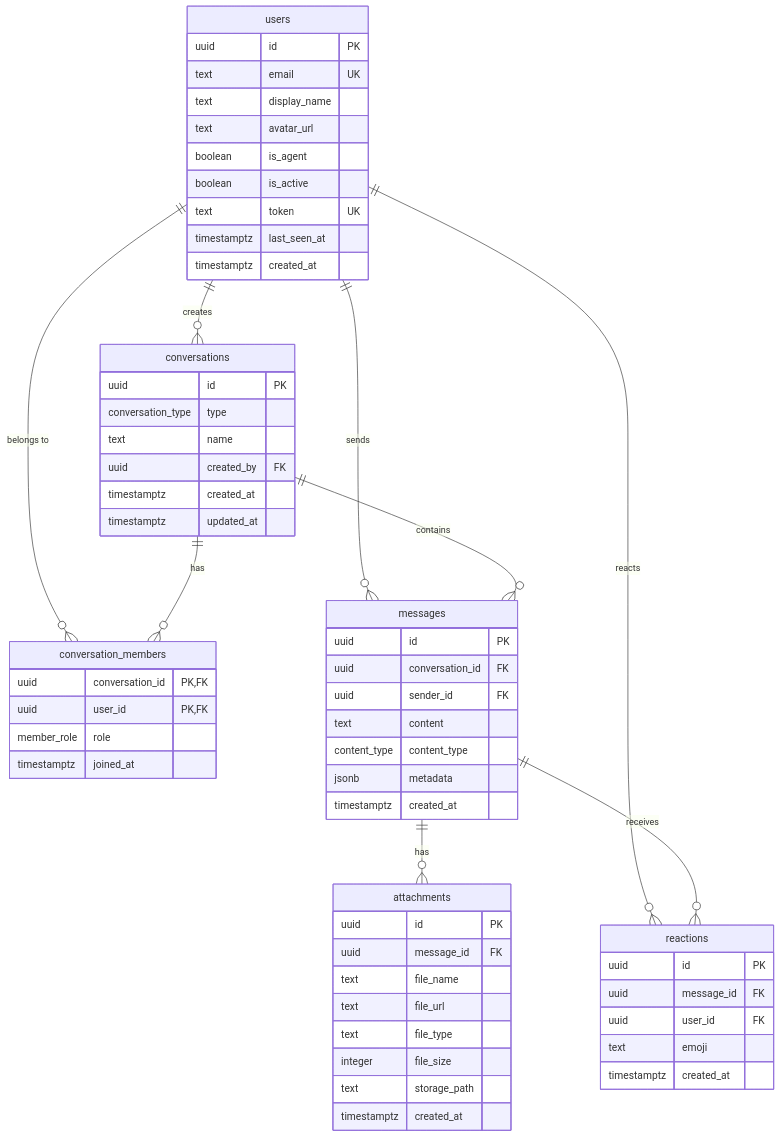
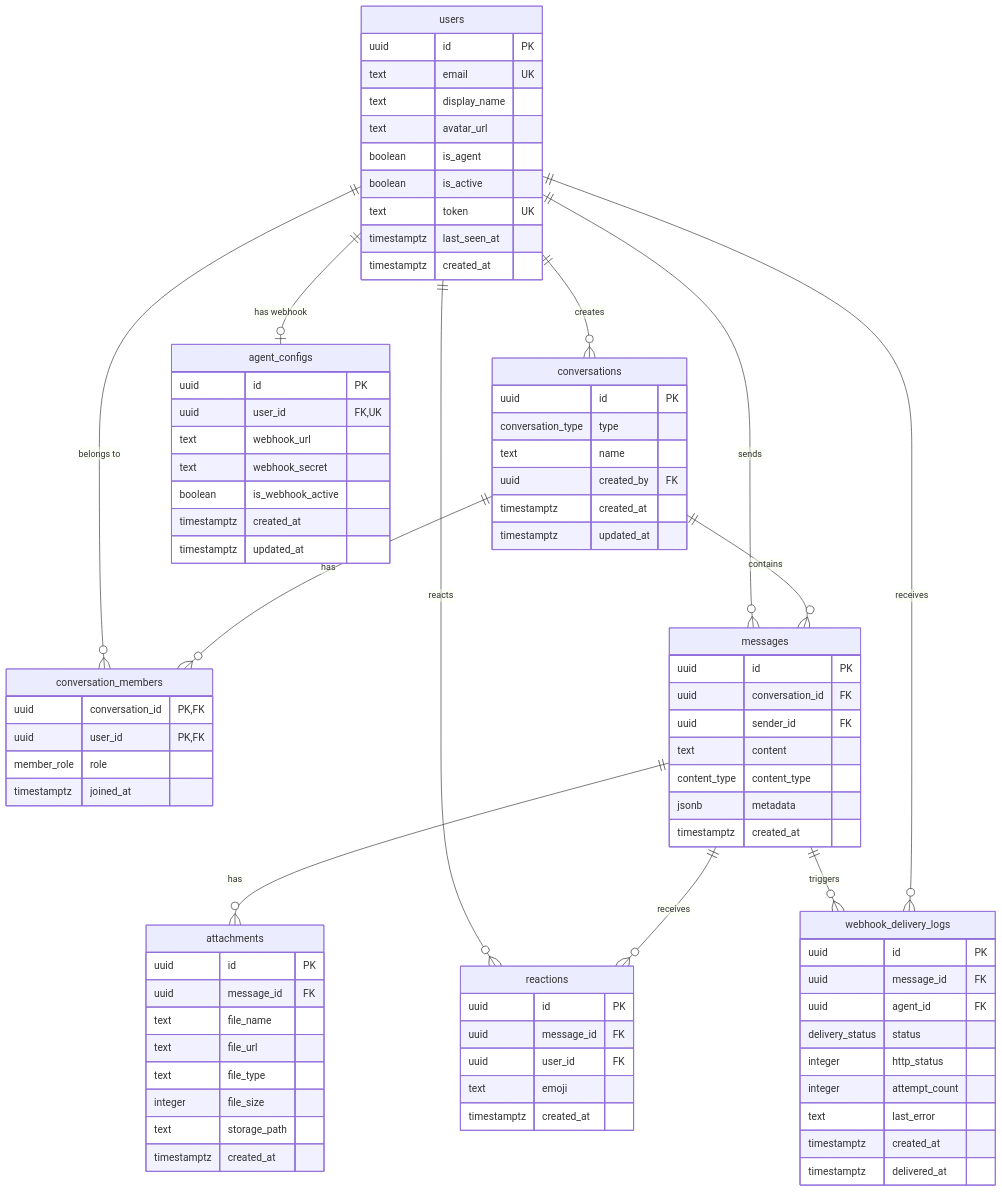
Before and after one commit to phucsystem/agent-playground: the diagram in docs/DB_DESIGN.md, drawn with Mermaid. The commit also changed other lines of this file and 30 other files, not shown here.

First line of the commit message:
feat: add agent webhook integration (Phase 5)

````diff
--- a/docs/DB_DESIGN.md
+++ b/docs/DB_DESIGN.md
@@ -73,4 +73,30 @@
         text emoji
         timestamptz created_at
     }
+
+    agent_configs {
+        uuid id PK
+        uuid user_id FK,UK
+        text webhook_url
+        text webhook_secret
+        boolean is_webhook_active
+        timestamptz created_at
+        timestamptz updated_at
+    }
+
+    webhook_delivery_logs {
+        uuid id PK
+        uuid message_id FK
+        uuid agent_id FK
+        delivery_status status
+        integer http_status
+        integer attempt_count
+        text last_error
+        timestamptz created_at
+        timestamptz delivered_at
+    }
+
+    users ||--o| agent_configs : "has webhook"
+    messages ||--o{ webhook_delivery_logs : "triggers"
+    users ||--o{ webhook_delivery_logs : "receives"
 ```
````
